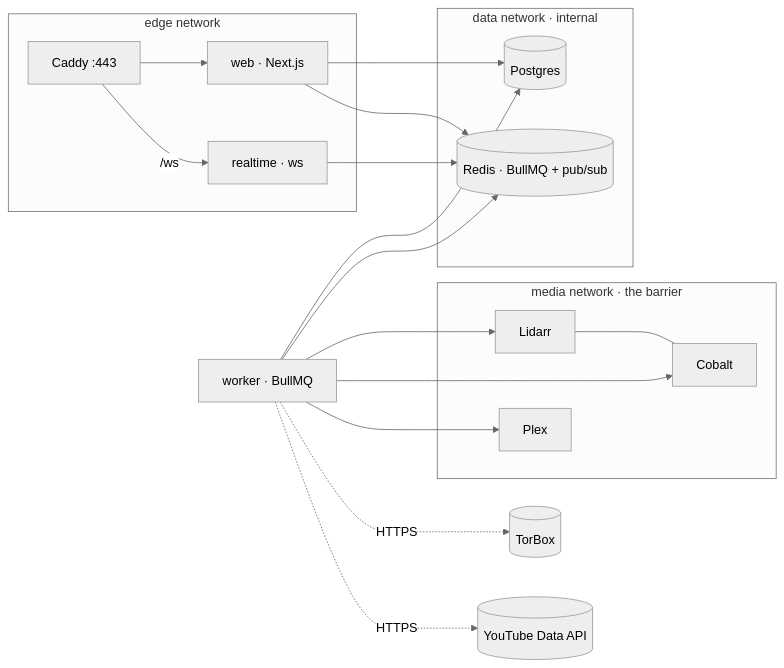
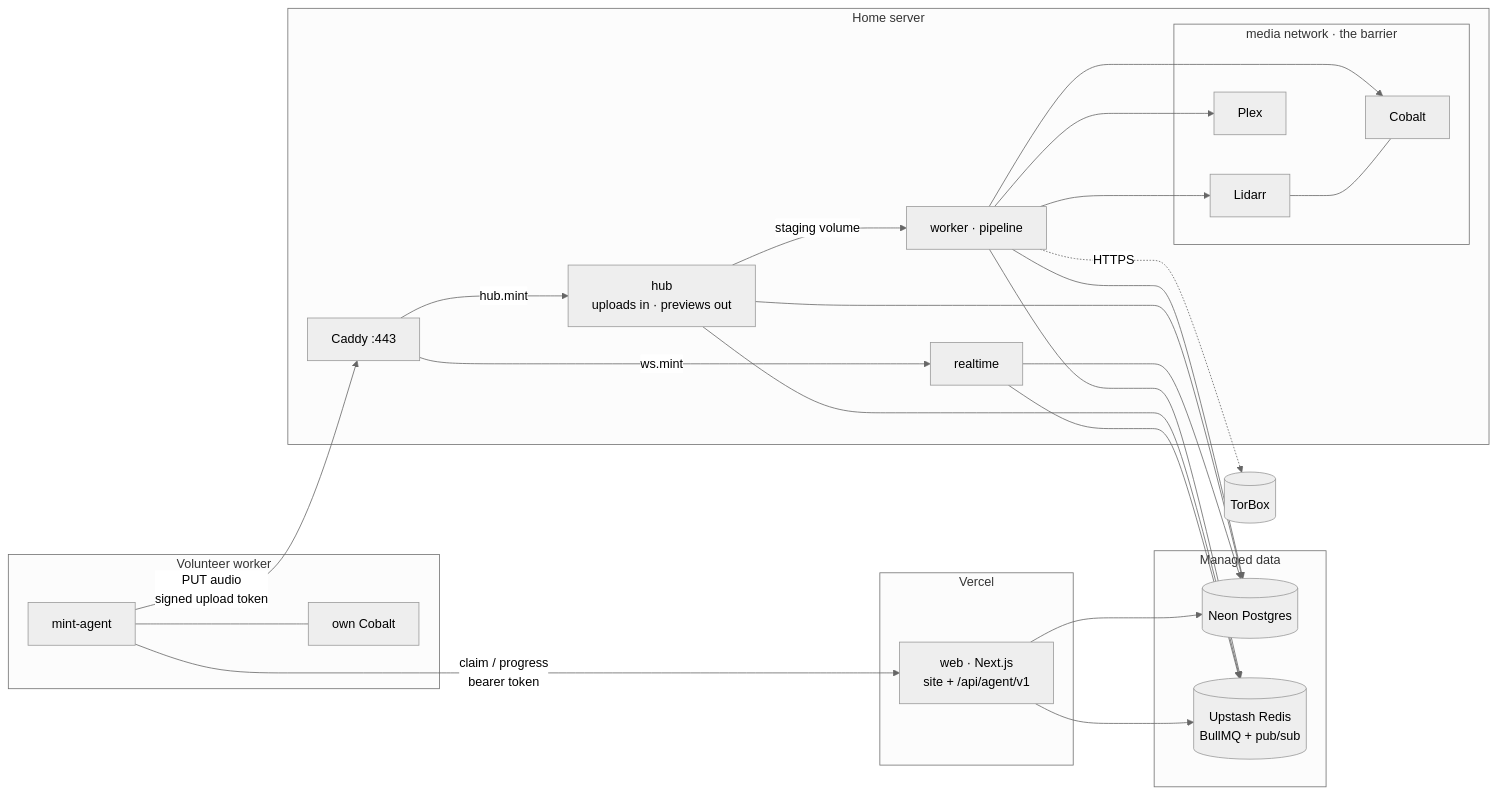
One commit to ChickenBone/mint changed the diagram in README.md. Above: the diagram before and after it, drawn with Mermaid (neutral theme). The commit also changed other lines of this file and 61 other files, not shown here.

First line of the commit message:
Run web on Vercel and add volunteer workers

````diff
--- a/README.md
+++ b/README.md
@@ -11,21 +17,30 @@
 ```mermaid
 flowchart LR
-  subgraph edge[edge network]
-    caddy[Caddy :443] --> web[web · Next.js]
-    caddy -- /ws --> rt[realtime · ws]
+  subgraph vercel[Vercel]
+    web[web · Next.js<br/>site + /api/agent/v1]
   end
-  subgraph data[data network · internal]
-    pg[(Postgres)]
-    redis[(Redis · BullMQ + pub/sub)]
+  subgraph cloud[Managed data]
+    pg[(Neon Postgres)]
+    redis[(Upstash Redis<br/>BullMQ + pub/sub)]
   end
-  subgraph media[media network · the barrier]
-    lidarr[Lidarr] --- cobalt[Cobalt]
-    plex[Plex]
+  subgraph home[Home server]
+    caddy[Caddy :443]
+    caddy -- ws.mint --> rt[realtime]
+    caddy -- hub.mint --> hub[hub<br/>uploads in · previews out]
+    worker[worker · pipeline]
+    subgraph media[media network · the barrier]
+      lidarr[Lidarr] --- cobalt[Cobalt]
+      plex[Plex]
+    end
+    worker --> lidarr & cobalt & plex
+    hub -- staging volume --> worker
+  end
+  subgraph vol[Volunteer worker]
+    agent[mint-agent] --- vc[own Cobalt]
   end
   web --> pg & redis
-  rt --> redis
-  worker[worker · BullMQ] --> pg & redis
-  worker --> lidarr & cobalt & plex
+  rt & hub & worker --> pg & redis
+  agent -- claim / progress<br/>bearer token --> web
+  agent -- PUT audio<br/>signed upload token --> caddy
   worker -. HTTPS .-> torbox[(TorBox)]
-  worker -. HTTPS .-> yt[(YouTube Data API)]
 ```
````
